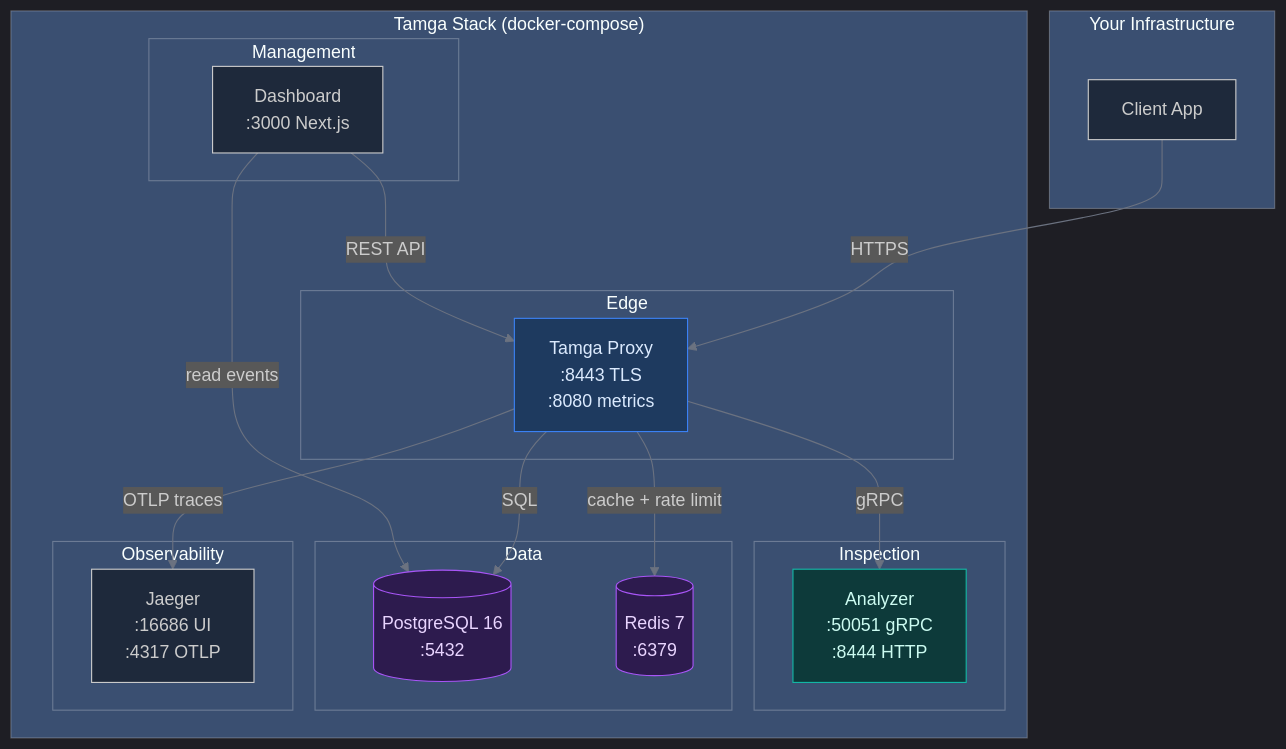
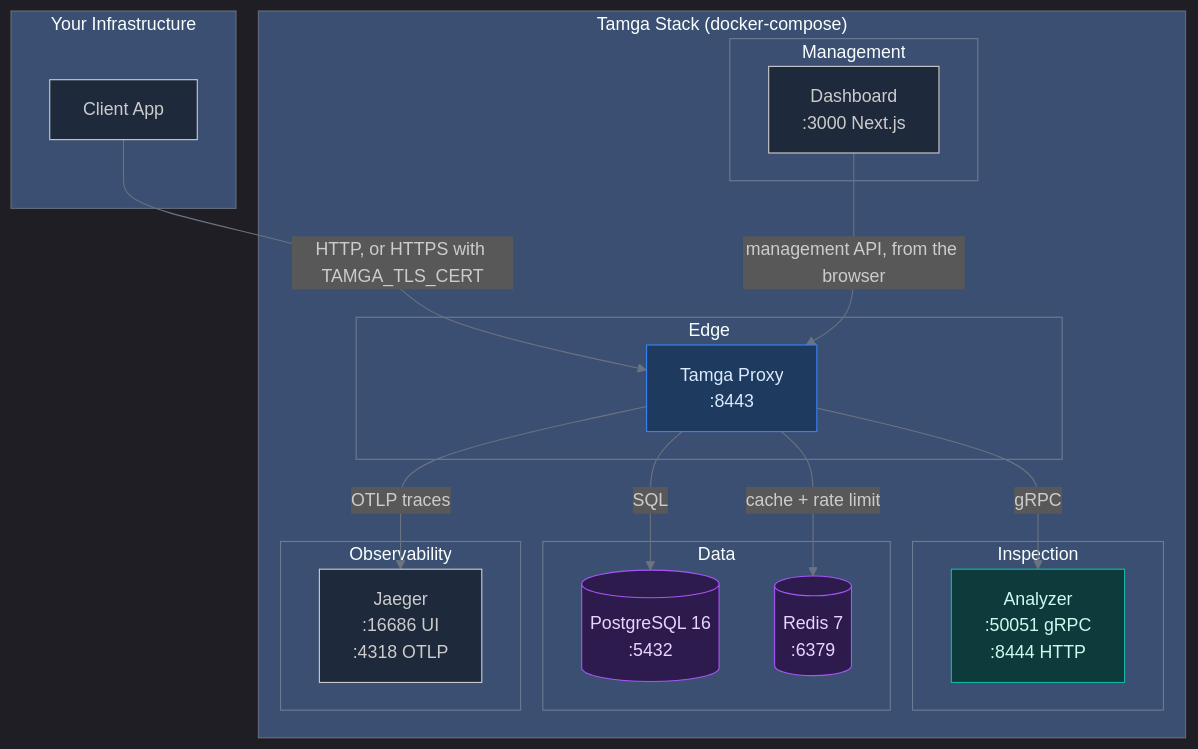
The first of 5 diagrams in docs/architecture/README.md (yatuk/tamga), drawn with Mermaid before and after one commit. The commit also changed other lines of this file and 16 other files, not shown here.

````diff
--- a/docs/architecture/README.md
+++ b/docs/architecture/README.md
@@ -28,56 +34,55 @@
 ```mermaid
 %%{init: {
   'theme': 'dark',
   'themeVariables': {
     'primaryColor': '#1e3a5f',
     'primaryTextColor': '#dbeafe',
     'primaryBorderColor': '#3b82f6',
     'lineColor': '#6b7280',
     'background': '#0f172a',
     'mainBkg': '#1e293b'
   }
 }}%%
 graph TB
     subgraph "Your Infrastructure"
         Client[Client App]
     end
 
     subgraph "Tamga Stack (docker-compose)"
         subgraph "Edge"
-            Proxy[Tamga Proxy<br/>:8443 TLS<br/>:8080 metrics]
+            Proxy[Tamga Proxy<br/>:8443]
         end
 
         subgraph "Inspection"
             Analyzer[Analyzer<br/>:50051 gRPC<br/>:8444 HTTP]
         end
 
         subgraph "Data"
             Postgres[(PostgreSQL 16<br/>:5432)]
             Redis[(Redis 7<br/>:6379)]
         end
 
         subgraph "Observability"
-            Jaeger[Jaeger<br/>:16686 UI<br/>:4317 OTLP]
+            Jaeger[Jaeger<br/>:16686 UI<br/>:4318 OTLP]
         end
 
         subgraph "Management"
             Dashboard[Dashboard<br/>:3000 Next.js]
         end
     end
 
-    Client -->|HTTPS| Proxy
+    Client -->|HTTP, or HTTPS with TAMGA_TLS_CERT| Proxy
     Proxy -->|gRPC| Analyzer
     Proxy -->|SQL| Postgres
     Proxy -->|cache + rate limit| Redis
     Proxy -->|OTLP traces| Jaeger
-    Dashboard -->|REST API| Proxy
-    Dashboard -->|read events| Postgres
+    Dashboard -->|management API, from the browser| Proxy
 
     classDef edge fill:#1e3a5f,stroke:#3b82f6,color:#dbeafe
     classDef inspection fill:#0d3a3a,stroke:#14b8a6,color:#ccfbf1
     classDef data fill:#2d1b4e,stroke:#a855f7,color:#e9d5ff
 
     class Proxy edge
     class Analyzer inspection
     class Postgres,Redis data
 ```
````
